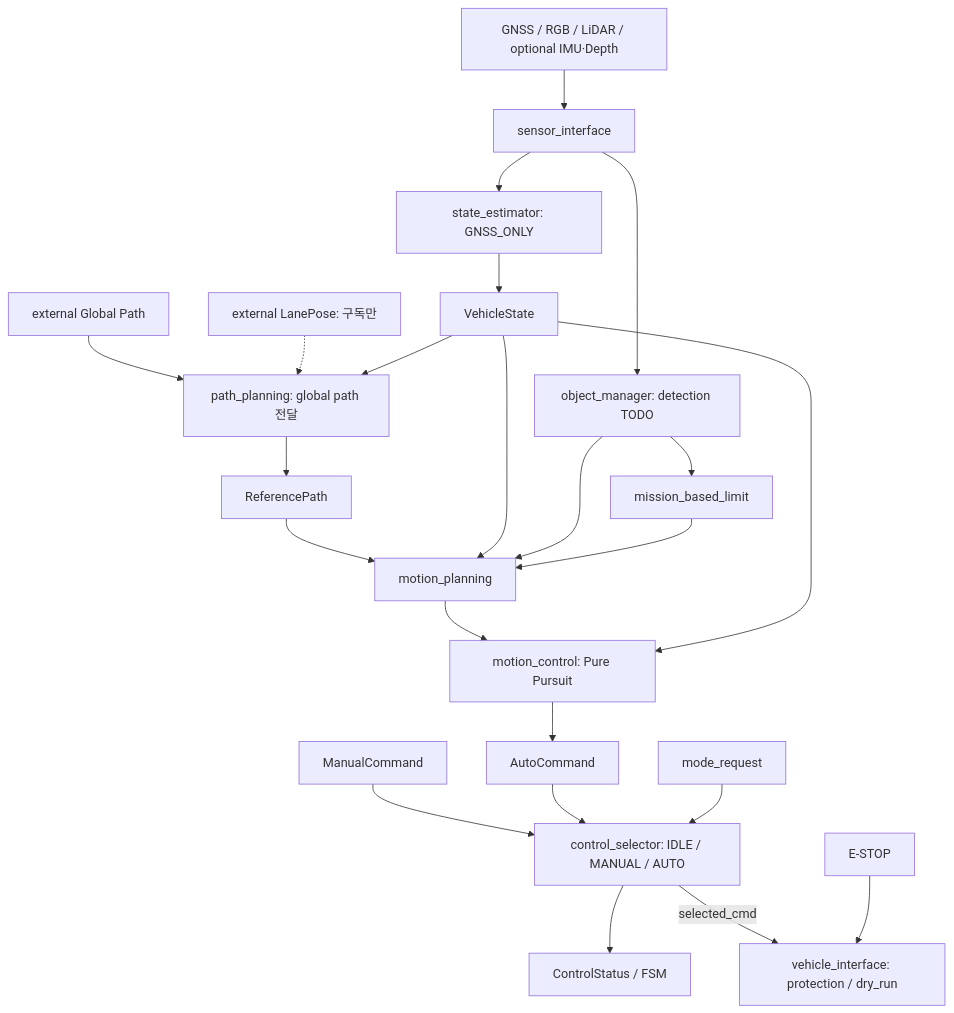
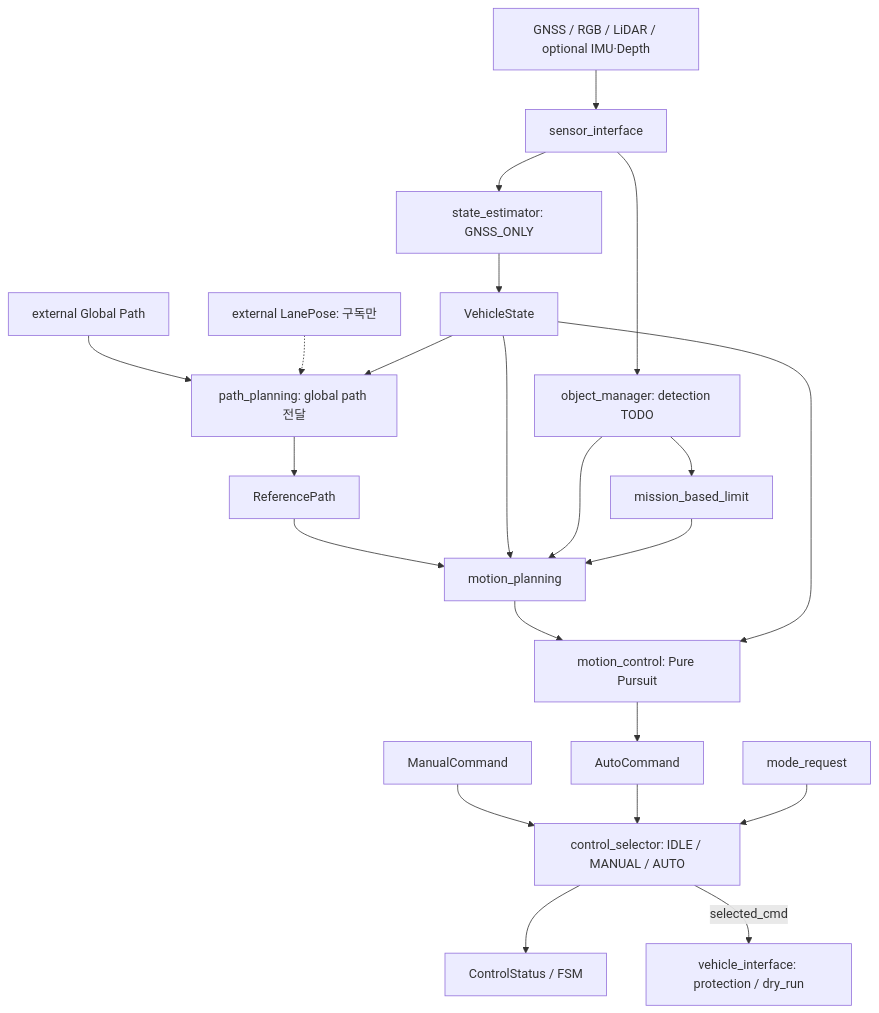
One commit to planta223/control_manager changed the first of 4 diagrams in doc/guidance_modes.md. Above: the diagram before and after it, drawn with Mermaid. The commit also changed other lines of this file and 17 other files, not shown here.

````diff
--- a/doc/guidance_modes.md
+++ b/doc/guidance_modes.md
@@ -11,25 +11,24 @@
 ```mermaid
 flowchart TD
   S[GNSS / RGB / LiDAR / optional IMU·Depth] --> SI[sensor_interface]
   SI --> E[state_estimator: GNSS_ONLY]
   SI --> O[object_manager: detection TODO]
   E --> V[VehicleState]
   G[external Global Path] --> P[path_planning: global path 전달]
   L[external LanePose: 구독만] -.-> P
   V --> P
   P --> R[ReferencePath]
   O --> M[mission_based_limit]
   R --> MP[motion_planning]
   V --> MP
   O --> MP
   M --> MP
   MP --> MC[motion_control: Pure Pursuit]
   V --> MC
   MC --> A[AutoCommand]
   U[ManualCommand] --> CM[control_selector: IDLE / MANUAL / AUTO]
   A --> CM
   Q[mode_request] --> CM
   CM --> ST[ControlStatus / FSM]
   CM -->|selected_cmd| VI[vehicle_interface: protection / dry_run]
-  ES[E-STOP] --> VI
 ```
````
